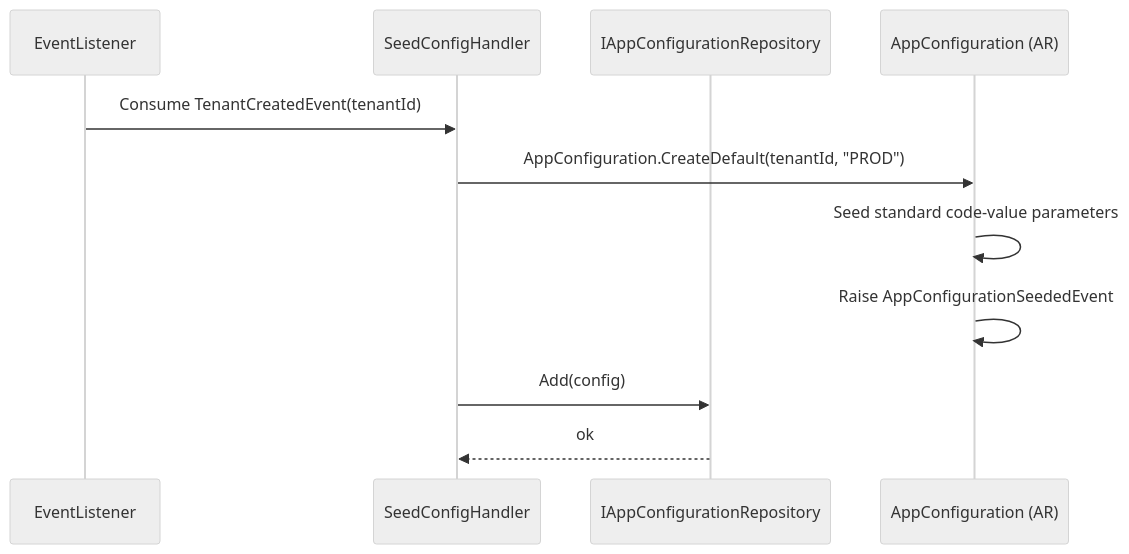
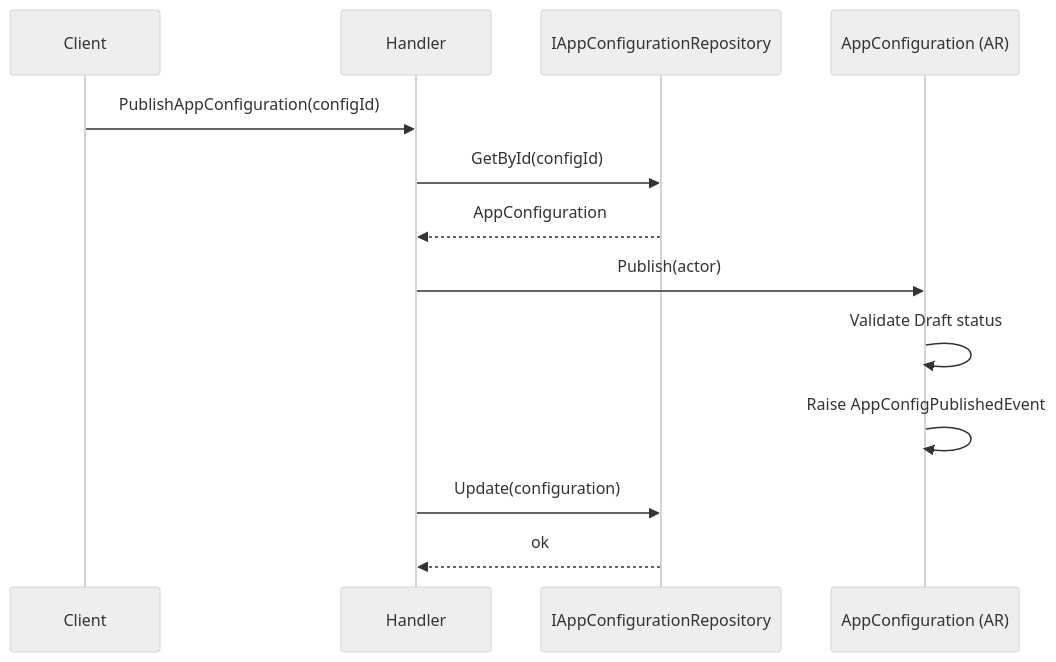
Before and after one commit to beyondnetcode/ums: the second of 3 diagrams in docs/domain/configuration/app-configuration.md, drawn with Mermaid (neutral theme). The commit also changed other lines of this file and 19 other files, not shown here.

````diff
--- a/docs/domain/configuration/app-configuration.md
+++ b/docs/domain/configuration/app-configuration.md
@@ -113,14 +107,16 @@
 ```mermaid
 sequenceDiagram
-    participant C as EventListener
-    participant H as SeedConfigHandler
+    participant C as Client
+    participant H as Handler
     participant R as IAppConfigurationRepository
     participant A as AppConfiguration (AR)
 
-    C->>H: Consume TenantCreatedEvent(tenantId)
-    H->>A: AppConfiguration.CreateDefault(tenantId, "PROD")
-    A->>A: Seed standard code-value parameters
-    A->>A: Raise AppConfigurationSeededEvent
-    H->>R: Add(config)
+    C->>H: PublishAppConfiguration(configId)
+    H->>R: GetById(configId)
+    R-->>H: AppConfiguration
+    H->>A: Publish(actor)
+    A->>A: Validate Draft status
+    A->>A: Raise AppConfigPublishedEvent
+    H->>R: Update(configuration)
     R-->>H: ok
 ```
````
